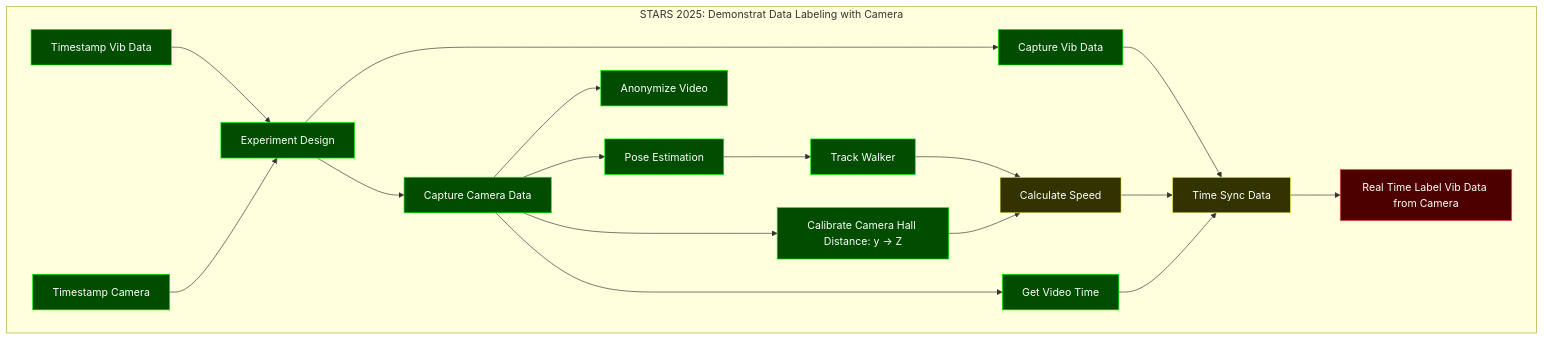
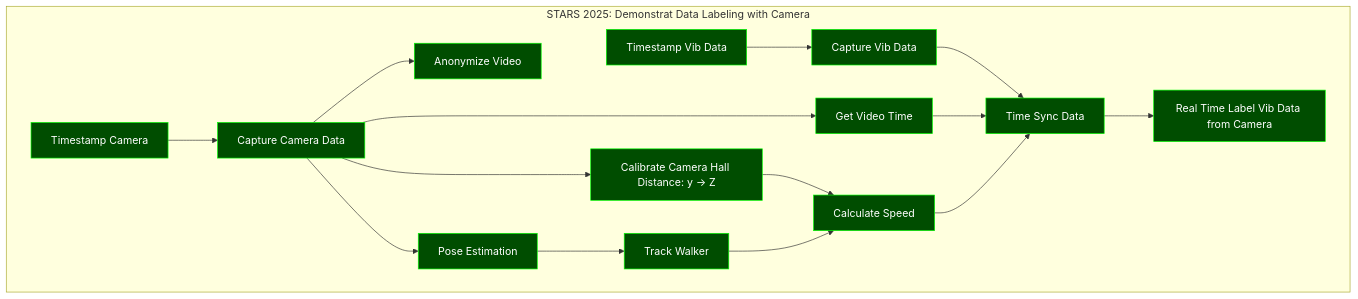
Before and after one commit to iamtheeel/shake: the diagram in roadMap/starsRoadMap.mmd, drawn with Mermaid.

Commit message:
Final STARS Roadmap

```diff
--- a/roadMap/starsRoadMap.mmd
+++ b/roadMap/starsRoadMap.mmd
@@ -1,57 +1,53 @@
 %% ─────────────────────────────────────────────
 %% 📈 HOW TO PREVIEW THIS DIAGRAM:
 %% → Right-click this file tab (not the content) → “Command Palette”
 %% → Type: “Preview Mermaid Diagram”
 %% ─────────────────────────────────────────────
 graph TD
     classDef done fill:#004d00,stroke:#00ff00,color:#ffffff;
     classDef inprogress fill:#333300,stroke:#ffff66,color:#ffffff;
     classDef pending fill:#4d0000,stroke:#ff6666,color:#ffffff;
     classDef shared fill:#2f2f2f,stroke:#cccccc,color:#ffffff;
 
 
     %% Using Camera to label data
     %%E2 --> F1
     subgraph STARS 2025: Demonstrat Data Labeling with Camera
         G1[Timestamp Vib Data]
         class G1 done;
         G2[Timestamp Camera]
         class G2 done;
-        G3[Experiment Design]
-        class G3 done;
         H1[Capture Vib Data]
         class H1 done;
         H2[Capture Camera Data]
         class H2 done;
         H4[Anonymize Video]
         class H4 done;
         H10[Get Video Time]
         class H10 done;
         H3[Calibrate Camera Hall Distance: y -> Z]
         class H3 done;
         H5[Pose Estimation]
         class H5 done;
         H6[Track Walker]
         class H6 done;
         H9[Calculate Speed]
-        class H9 inprogress;
+        class H9 done;
         H7[Time Sync Data]
-        class H7 inprogress;
+        class H7 done;
         H8[Real Time Label Vib Data from Camera]
-        class H8 pending;
+        class H8 done;
     end
-    G1 --> G3
-    G2 --> G3
-    G3 --> H1
-    G3 --> H2
+    G1 --> H1
+    G2 --> H2
     H1 --> H7
     H2 --> H4
     H2 --> H5
     H2 --> H3
     H2 --> H10
     H10 --> H7
     H5 --> H6
     H3 --> H9
     H6 --> H9
     H9 --> H7
     H7 --> H8
```
